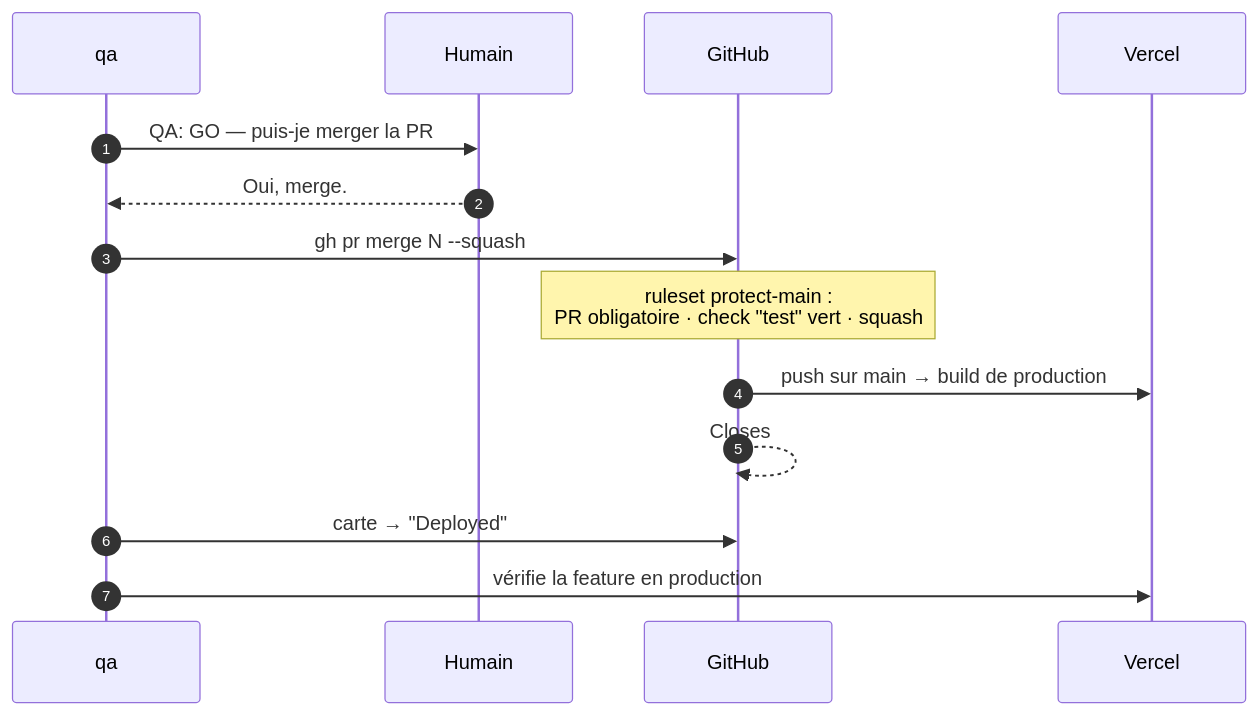
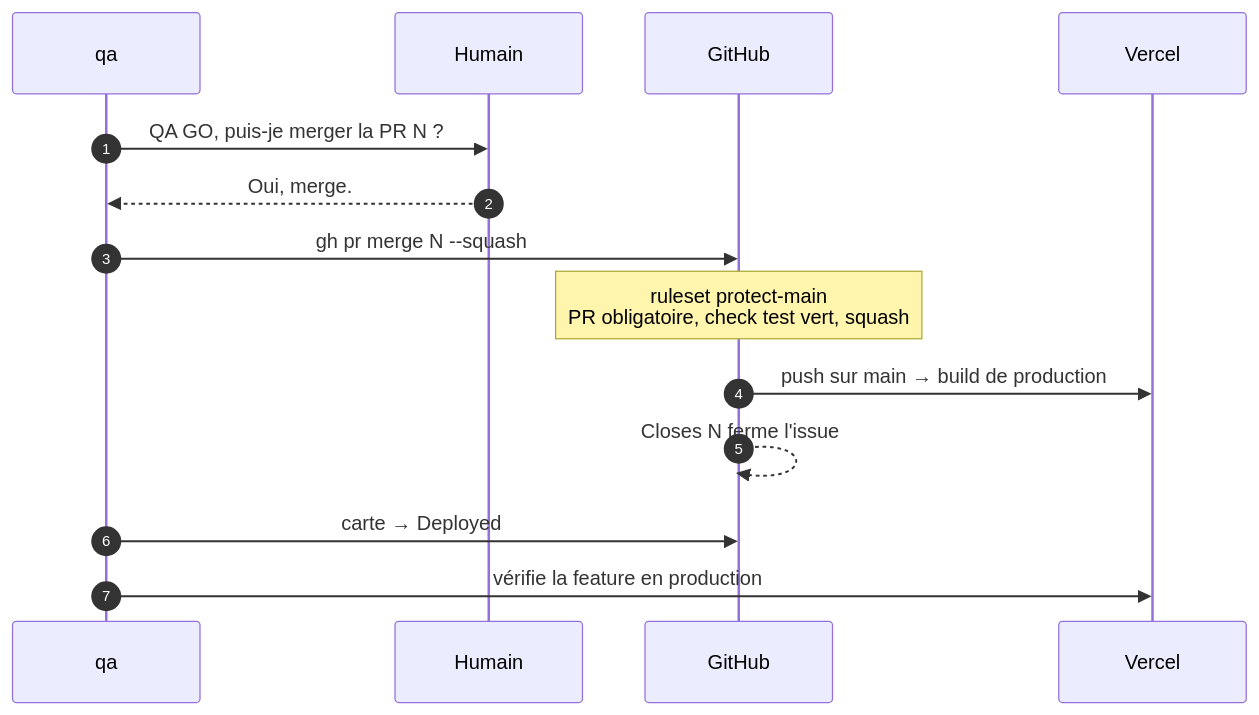
Before and after one commit to mehdisebei-debug/KIDS-APP: the seventh of 12 diagrams in docs/SDLC.md, drawn with Mermaid. The commit also changed other lines of this file, not shown here.

````diff
--- a/docs/SDLC.md
+++ b/docs/SDLC.md
@@ -405,16 +561,16 @@
 ```mermaid
 sequenceDiagram
     autonumber
     participant QA as qa
     participant H as Humain
     participant GH as GitHub
     participant V as Vercel
-    QA->>H: QA: GO — puis-je merger la PR #N ?
+    QA->>H: QA GO, puis-je merger la PR N ?
     H-->>QA: Oui, merge.
     QA->>GH: gh pr merge N --squash
-    Note over GH: ruleset protect-main :<br/>PR obligatoire · check "test" vert · squash
+    Note over GH: ruleset protect-main<br/>PR obligatoire, check test vert, squash
     GH->>V: push sur main → build de production
-    GH-->>GH: Closes #N ferme l'issue
-    QA->>GH: carte → "Deployed"
+    GH-->>GH: Closes N ferme l'issue
+    QA->>GH: carte → Deployed
     QA->>V: vérifie la feature en production
 ```
````
